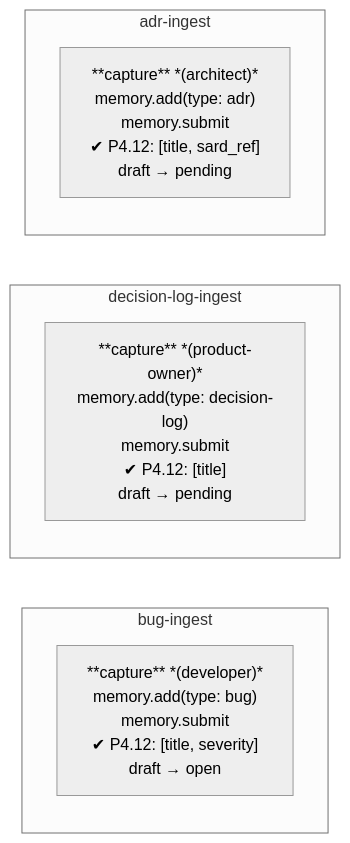
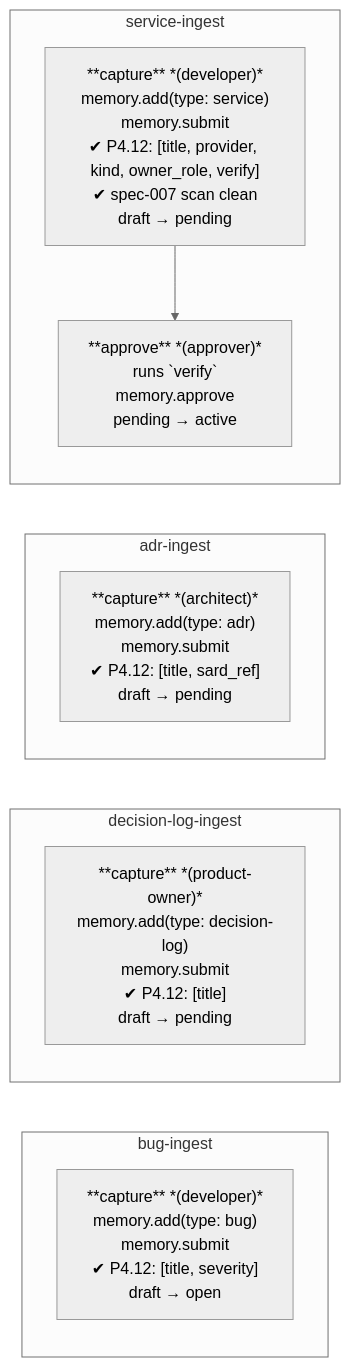
One commit to robypomper/wingfoil changed diagram 12 of 21 in .wingfoil/WORKFLOW.md. Above: the diagram before and after it, drawn with Mermaid (neutral theme). The commit also changed other lines of this file and 2 other files, not shown here.

First line of the commit message:
docs(config): task-124 — README and WORKFLOW.md list the service type and the service-ingest main; service scaffold comment reflowed

````diff
--- a/.wingfoil/WORKFLOW.md
+++ b/.wingfoil/WORKFLOW.md
@@ -274,17 +274,24 @@
 ```mermaid
 flowchart LR
     subgraph BI["bug-ingest"]
         direction TB
         B1["**capture** *(developer)*\nmemory.add(type: bug)\nmemory.submit\n✔ P4.12: [title, severity]\ndraft → open"]
     end
 
     subgraph DLI["decision-log-ingest"]
         direction TB
         D1["**capture** *(product-owner)*\nmemory.add(type: decision-log)\nmemory.submit\n✔ P4.12: [title]\ndraft → pending"]
     end
 
     subgraph AI["adr-ingest"]
         direction TB
         A1["**capture** *(architect)*\nmemory.add(type: adr)\nmemory.submit\n✔ P4.12: [title, sard_ref]\ndraft → pending"]
     end
+
+    subgraph SI["service-ingest"]
+        direction TB
+        S1["**capture** *(developer)*\nmemory.add(type: service)\nmemory.submit\n✔ P4.12: [title, provider, kind, owner_role, verify]\n✔ spec-007 scan clean\ndraft → pending"]
+        S2["**approve** *(approver)*\nruns `verify`\nmemory.approve\npending → active"]
+        S1 --> S2
+    end
 ```
````
